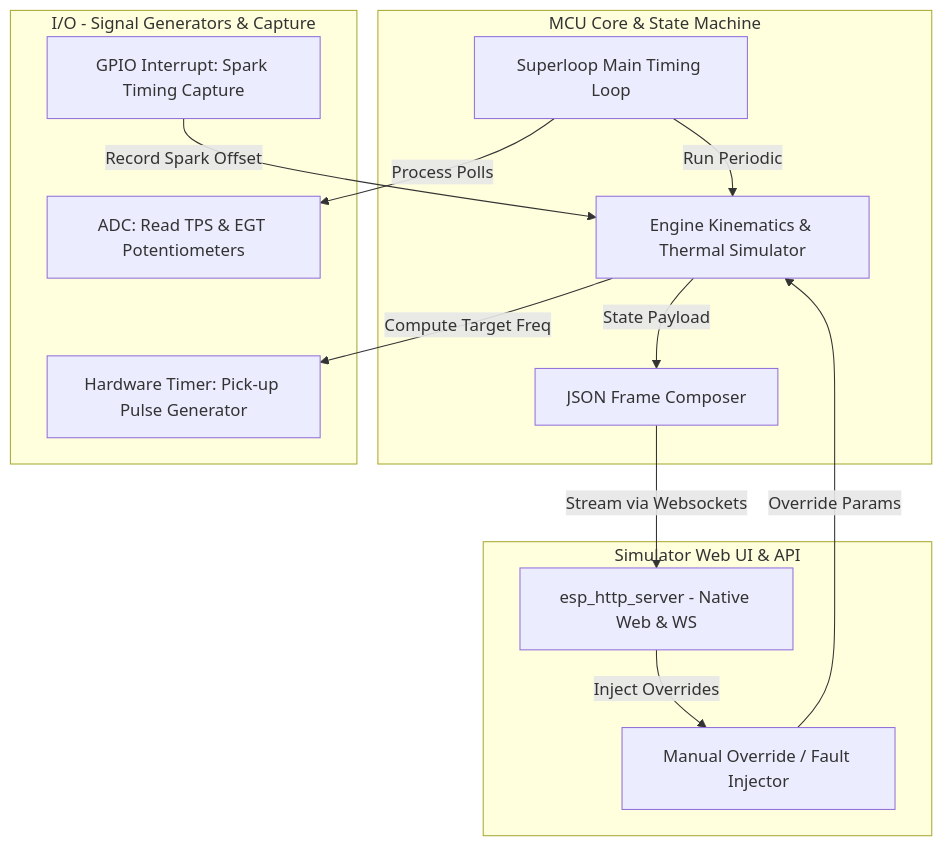
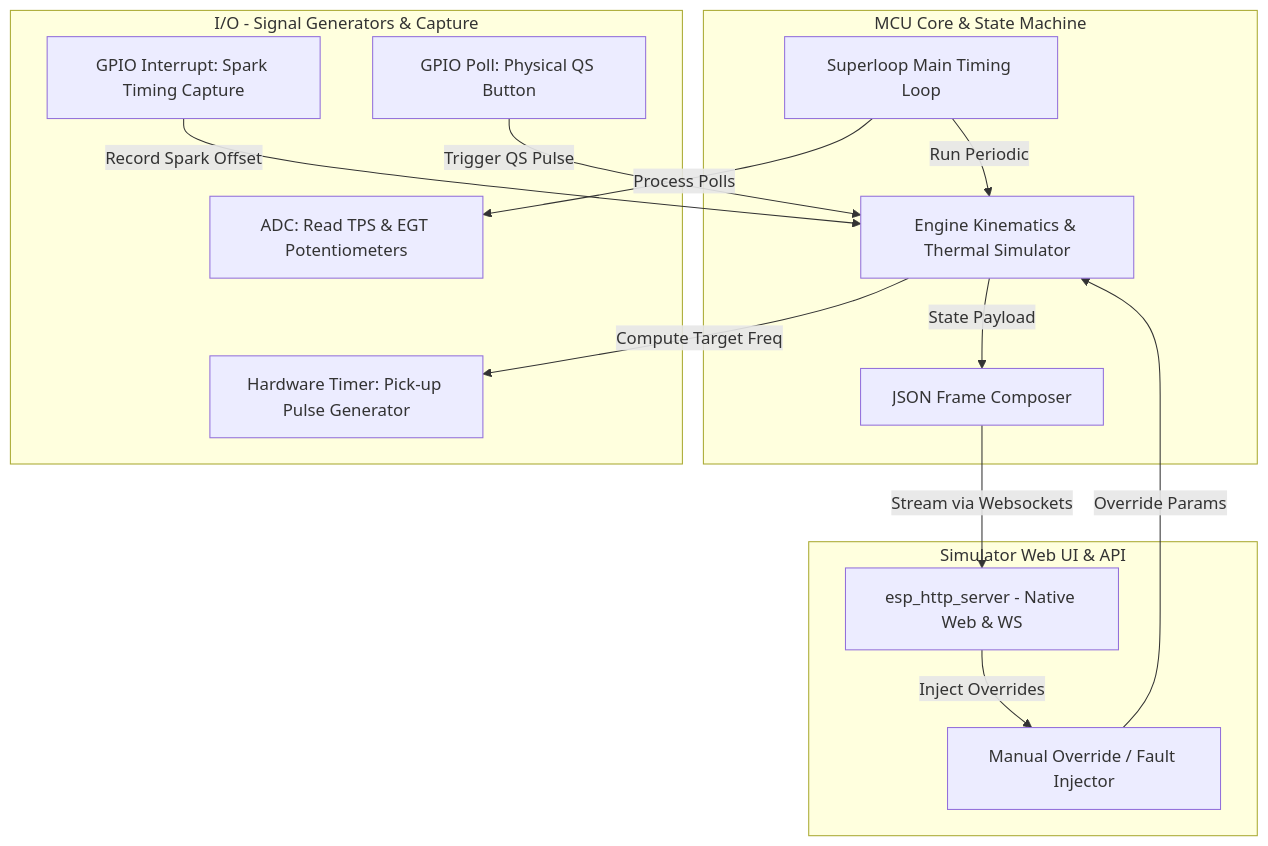
One commit to D3stan/ecu-dev-board changed the diagram in emulator/docs/architecture.md. Above: the diagram before and after it, drawn with Mermaid. The commit also changed other lines of this file and 8 other files, not shown here.

````diff
--- a/emulator/docs/architecture.md
+++ b/emulator/docs/architecture.md
@@ -22,28 +22,30 @@
 ```mermaid
 graph TD
     subgraph MCU Core [MCU Core & State Machine]
         Superloop[Superloop Main Timing Loop]
         EngineSim[Engine Kinematics & Thermal Simulator]
         Telemetry[JSON Frame Composer]
     end
 
     subgraph IO [I/O - Signal Generators & Capture]
         ADC_Read[ADC: Read TPS & EGT Potentiometers]
         PulseGen[Hardware Timer: Pick-up Pulse Generator]
         SparkCapture[GPIO Interrupt: Spark Timing Capture]
+        QSButton[GPIO Poll: Physical QS Button]
     end
 
     subgraph WebUI [Simulator Web UI & API]
         HTTPServer[esp_http_server - Native Web & WS]
         OverrideMgr[Manual Override / Fault Injector]
     end
 
     Superloop -->|Run Periodic| EngineSim
     Superloop -->|Process Polls| ADC_Read
     EngineSim -->|Compute Target Freq| PulseGen
     SparkCapture -->|Record Spark Offset| EngineSim
+    QSButton -->|Trigger QS Pulse| EngineSim
     HTTPServer -->|Inject Overrides| OverrideMgr
     OverrideMgr -->|Override Params| EngineSim
     EngineSim -->|State Payload| Telemetry
     Telemetry -->|Stream via Websockets| HTTPServer
 ```
````
